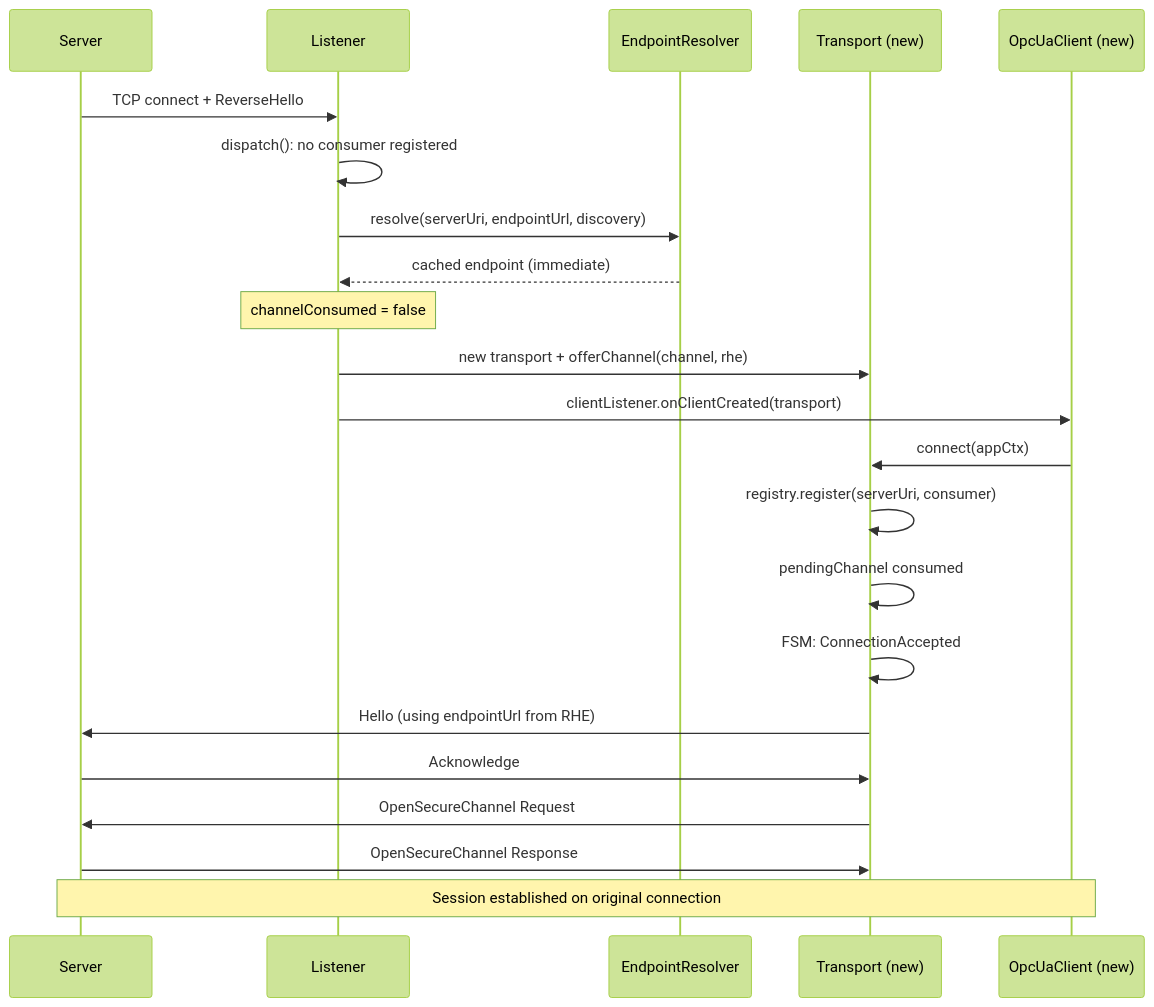
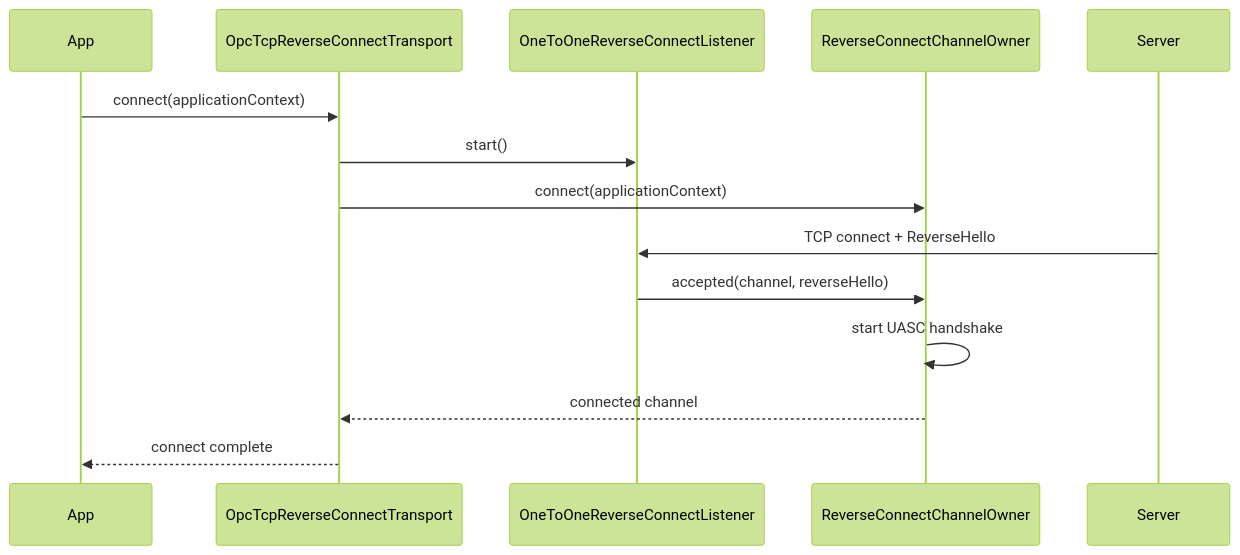
The fourth of 5 diagrams in docs/architecture/reverse-connect.md (eclipse-milo/milo), drawn with Mermaid (forest theme) before and after one commit. The commit also changed other lines of this file and 4 other files, not shown here.

First line of the commit message:
Refresh reverse connect docs and examples

````diff
--- a/docs/architecture/reverse-connect.md
+++ b/docs/architecture/reverse-connect.md
@@ -814,25 +243,17 @@
 ```mermaid
 sequenceDiagram
+    participant App
+    participant T as OpcTcpReverseConnectTransport
+    participant L as OneToOneReverseConnectListener
+    participant O as ReverseConnectChannelOwner
     participant S as Server
-    participant L as Listener
-    participant R as EndpointResolver
-    participant T as Transport (new)
-    participant C as OpcUaClient (new)
 
+    App->>T: connect(applicationContext)
+    T->>L: start()
+    T->>O: connect(applicationContext)
     S->>L: TCP connect + ReverseHello
-    L->>L: dispatch(): no consumer registered
-    L->>R: resolve(serverUri, endpointUrl, discovery)
-    R-->>L: cached endpoint (immediate)
-    Note over L: channelConsumed = false
-    L->>T: new transport + offerChannel(channel, rhe)
-    L->>C: clientListener.onClientCreated(transport)
-    C->>T: connect(appCtx)
-    T->>T: registry.register(serverUri, consumer)
-    T->>T: pendingChannel consumed
-    T->>T: FSM: ConnectionAccepted
-    T->>S: Hello (using endpointUrl from RHE)
-    S->>T: Acknowledge
-    T->>S: OpenSecureChannel Request
-    S->>T: OpenSecureChannel Response
-    Note over S,C: Session established on original connection
+    L->>O: accepted(channel, reverseHello)
+    O->>O: start UASC handshake
+    O-->>T: connected channel
+    T-->>App: connect complete
 ```
````
